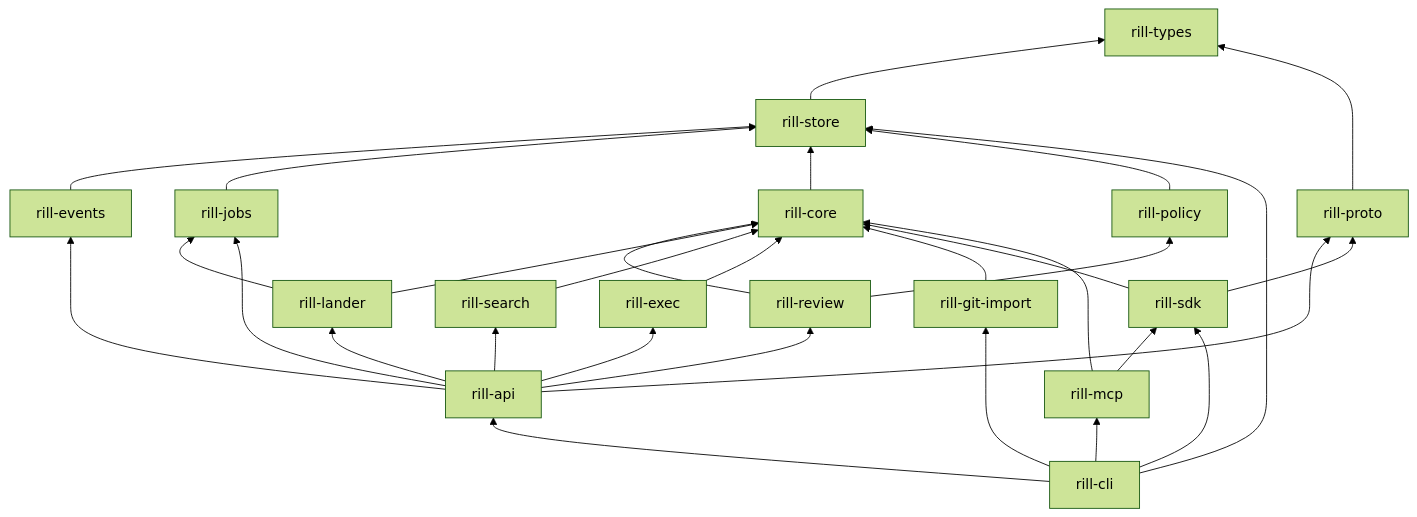
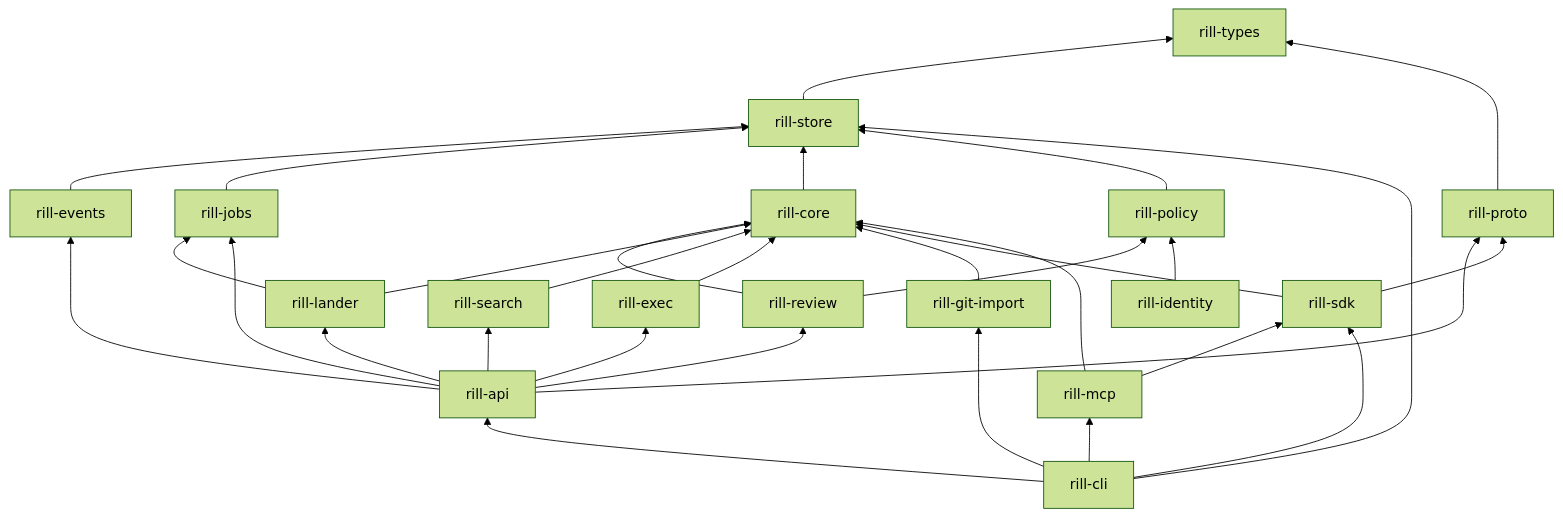
Before and after one commit to envoy1084/rill: the diagram in architecture/01-overview/crates-and-layering.md, drawn with Mermaid (forest theme). The commit also changed other lines of this file and 39 other files, not shown here.

````diff
--- a/architecture/01-overview/crates-and-layering.md
+++ b/architecture/01-overview/crates-and-layering.md
@@ -39,19 +40,20 @@
 ```mermaid
 flowchart BT
   types[rill-types]
   store[rill-store] --> types
   events[rill-events] --> store
   jobs[rill-jobs] --> store
   core[rill-core] --> store
   policy[rill-policy] --> store
   review[rill-review] --> core & policy
   lander[rill-lander] --> core & jobs
   search[rill-search] --> core
   exec[rill-exec] --> core
   import[rill-git-import] --> core
+  identity[rill-identity] --> policy
   proto[rill-proto] --> types
   server[rill-api] --> review & lander & search & exec & proto & events & jobs
   sdk[rill-sdk] --> proto & core
   mcp[rill-mcp] --> sdk & core
   cli[rill-cli] --> sdk & mcp & server & store & import
 ```
````
